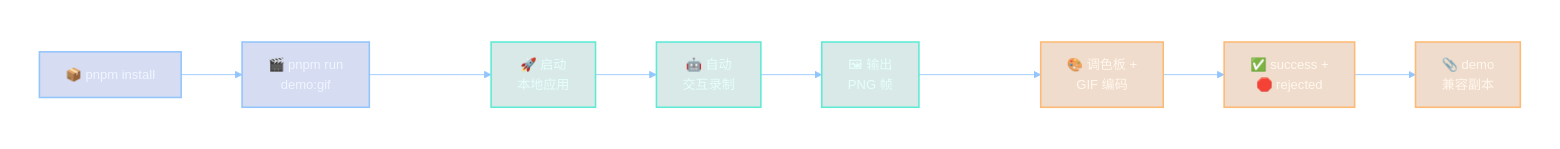
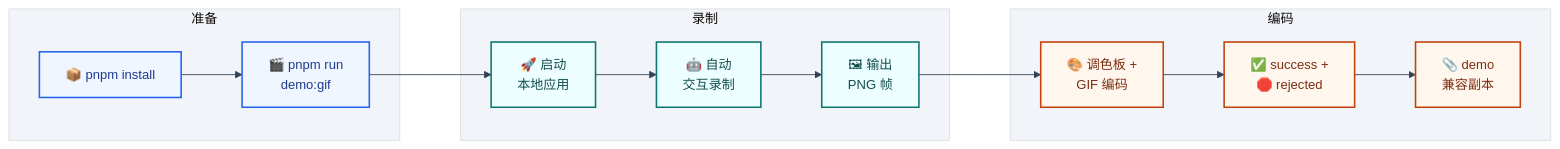
Before and after one commit to sunshineluyao/Moss-Mcp-Transaction: the sixth of 8 diagrams in README.md, drawn with Mermaid. The commit also changed other lines of this file, not shown here.

Commit message:
docs: make mermaid diagrams github-renderer compatible

````diff
--- a/README.md
+++ b/README.md
@@ -565,29 +565,29 @@
 ```mermaid
-%%{init: {'theme':'base','flowchart': {'htmlLabels': true, 'nodeSpacing': 56, 'rankSpacing': 70, 'curve': 'linear'},'themeVariables': {'fontFamily':'Trebuchet MS, Segoe UI, sans-serif','fontSize':'15px','primaryColor':'transparent','primaryBorderColor':'#93c5fd','primaryTextColor':'#e6edf7','lineColor':'#93c5fd','secondaryColor':'rgba(15,23,42,0.18)','tertiaryColor':'transparent','background':'transparent','edgeLabelBackground':'rgba(15,23,42,0.62)'},'themeCSS': '.edgeLabel rect{fill:rgba(15,23,42,0.62)!important;stroke:rgba(148,163,184,0.45)!important;} .edgeLabel p,.edgeLabel span{color:#e6edf7!important;}'} }%%
+%%{init: {'theme':'base','flowchart': {'htmlLabels': true, 'nodeSpacing': 56, 'rankSpacing': 70, 'curve': 'linear'},'themeVariables': {'fontFamily':'Trebuchet MS, Segoe UI, sans-serif','fontSize':'15px','primaryColor':'#eef6ff','primaryBorderColor':'#3b82f6','primaryTextColor':'#0f172a','lineColor':'#334155','secondaryColor':'#f8fafc','tertiaryColor':'#f1f5f9','edgeLabelBackground':'#e2e8f0'}}}%%
 flowchart LR
   subgraph P1[准备]
     A["📦 pnpm install"] --> B["🎬 pnpm run<br/>demo:gif"]
   end
 
   subgraph P2[录制]
     C["🚀 启动<br/>本地应用"] --> D["🤖 自动<br/>交互录制"]
     D --> E["🖼 输出<br/>PNG 帧"]
   end
 
   subgraph P3[编码]
     F["🎨 调色板 +<br/>GIF 编码"]
     G["✅ success +<br/>🛑 rejected"]
     H["📎 demo<br/>兼容副本"]
   end
 
   B --> C
   E --> F --> G --> H
 
-  classDef prep fill:#1e40af2e,stroke:#93c5fd,stroke-width:1.8px,color:#eff6ff;
-  classDef capture fill:#0f766e29,stroke:#5eead4,stroke-width:1.8px,color:#e6fffb;
-  classDef encode fill:#b4530933,stroke:#fdba74,stroke-width:1.8px,color:#fff7ed;
+  classDef prep fill:#eff6ff,stroke:#2563eb,stroke-width:1.8px,color:#1e3a8a;
+  classDef capture fill:#ecfeff,stroke:#0f766e,stroke-width:1.8px,color:#134e4a;
+  classDef encode fill:#fff7ed,stroke:#c2410c,stroke-width:1.8px,color:#7c2d12;
 
   class A,B prep;
   class C,D,E capture;
   class F,G,H encode;
 ```
````
